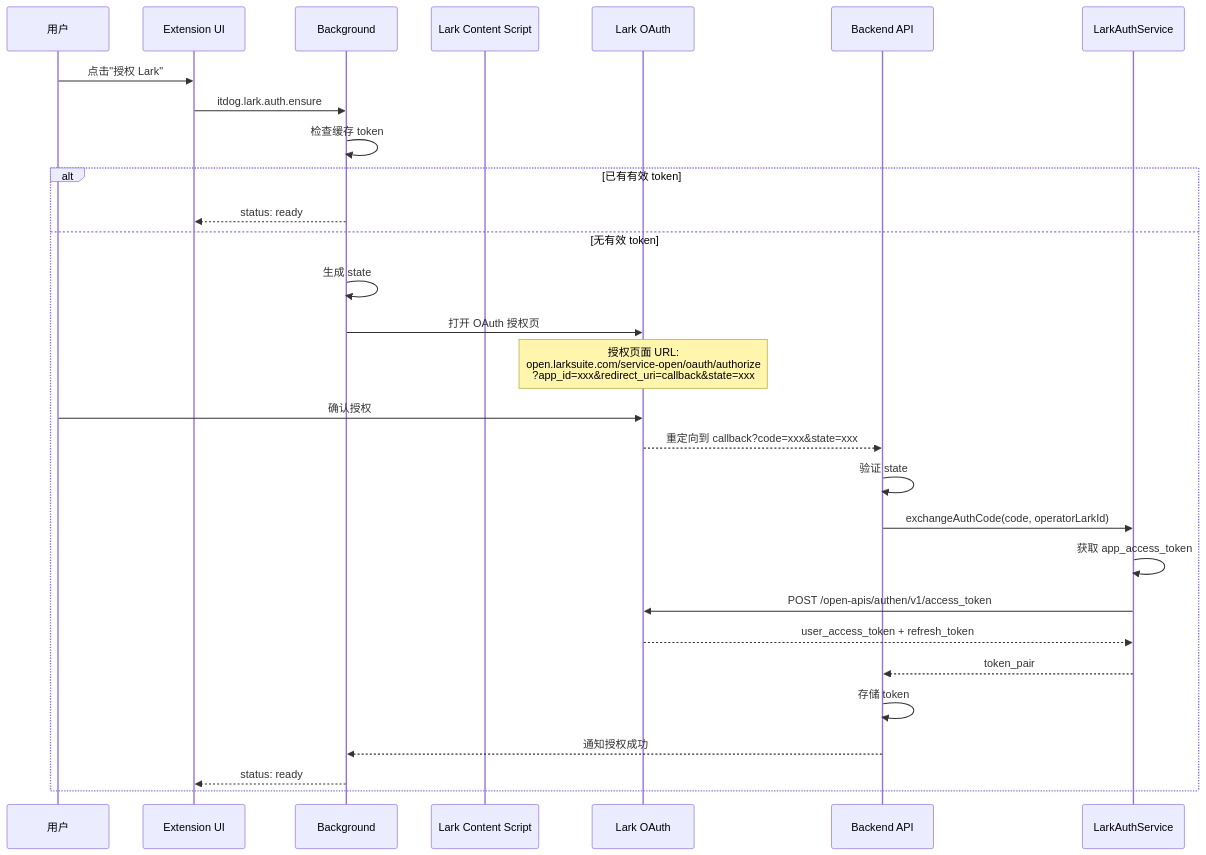
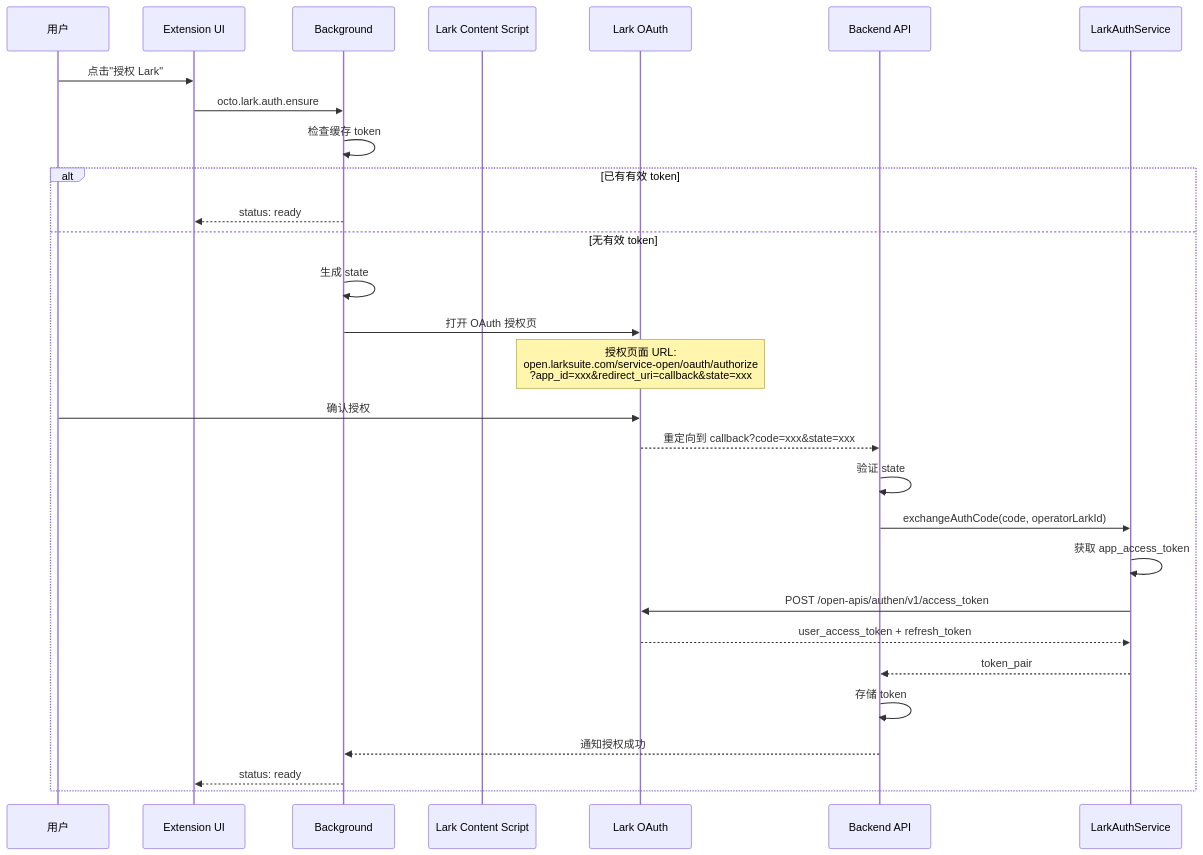
Before and after one commit to TenwaysCom/octo: the first of 4 diagrams in docs/tenways-octo/archived/16-auth-flow-design.md, drawn with Mermaid. The commit also changed other lines of this file and 181 other files, not shown here.

````diff
--- a/docs/tenways-octo/archived/16-auth-flow-design.md
+++ b/docs/tenways-octo/archived/16-auth-flow-design.md
@@ -29,36 +29,36 @@
 ```mermaid
 sequenceDiagram
     participant U as 用户
     participant E as Extension UI
     participant B as Background
     participant CS as Lark Content Script
     participant L as Lark OAuth
     participant S as Backend API
     participant LA as LarkAuthService
 
     U->>E: 点击"授权 Lark"
-    E->>B: itdog.lark.auth.ensure
+    E->>B: octo.lark.auth.ensure
     B->>B: 检查缓存 token
 
     alt 已有有效 token
         B-->>E: status: ready
     else 无有效 token
         B->>B: 生成 state
         B->>L: 打开 OAuth 授权页
         Note over L: 授权页面 URL:<br/>open.larksuite.com/service-open/oauth/authorize<br/>?app_id=xxx&redirect_uri=callback&state=xxx
 
         U->>L: 确认授权
         L-->>S: 重定向到 callback?code=xxx&state=xxx
         S->>S: 验证 state
         S->>LA: exchangeAuthCode(code, operatorLarkId)
 
         LA->>LA: 获取 app_access_token
         LA->>L: POST /open-apis/authen/v1/access_token
         L-->>LA: user_access_token + refresh_token
 
         LA-->>S: token_pair
         S->>S: 存储 token
         S-->>B: 通知授权成功
         B-->>E: status: ready
     end
 ```
````
